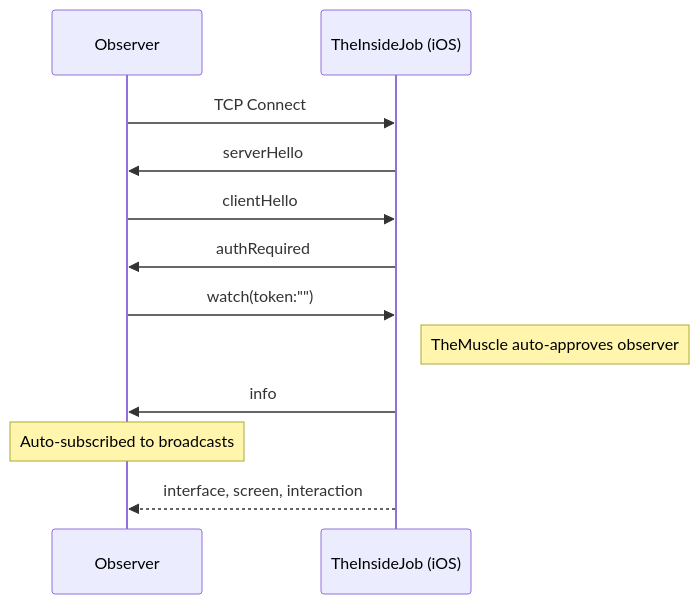
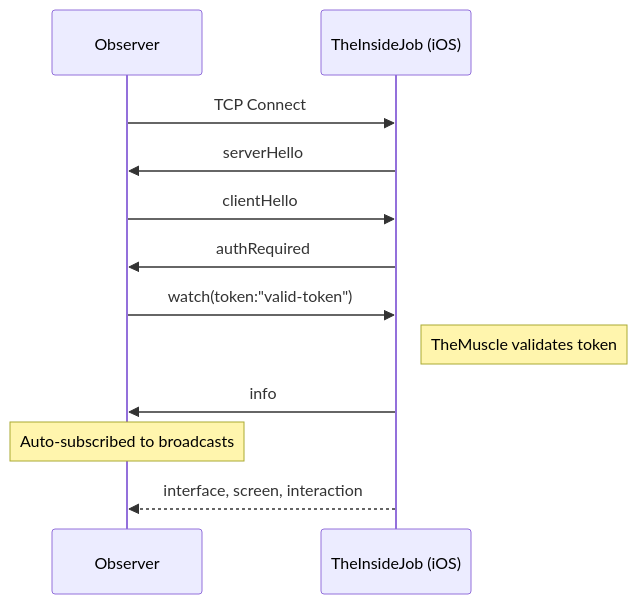
The sixth of 8 diagrams in docs/AUTH.md (RoyalPineapple/TheButtonHeist), drawn with Mermaid before and after one commit. The commit also changed other lines of this file and 20 other files, not shown here.

````diff
--- a/docs/AUTH.md
+++ b/docs/AUTH.md
@@ -189,15 +189,15 @@
 ```mermaid
 sequenceDiagram
     participant Observer
     participant TheInsideJob as TheInsideJob (iOS)
 
     Observer->>TheInsideJob: TCP Connect
     TheInsideJob->>Observer: serverHello
     Observer->>TheInsideJob: clientHello
     TheInsideJob->>Observer: authRequired
-    Observer->>TheInsideJob: watch(token:"")
-    Note right of TheInsideJob: TheMuscle auto-approves observer
+    Observer->>TheInsideJob: watch(token:"valid-token")
+    Note right of TheInsideJob: TheMuscle validates token
     TheInsideJob->>Observer: info
     Note over Observer: Auto-subscribed to broadcasts
     TheInsideJob-->>Observer: interface, screen, interaction
 ```
````
